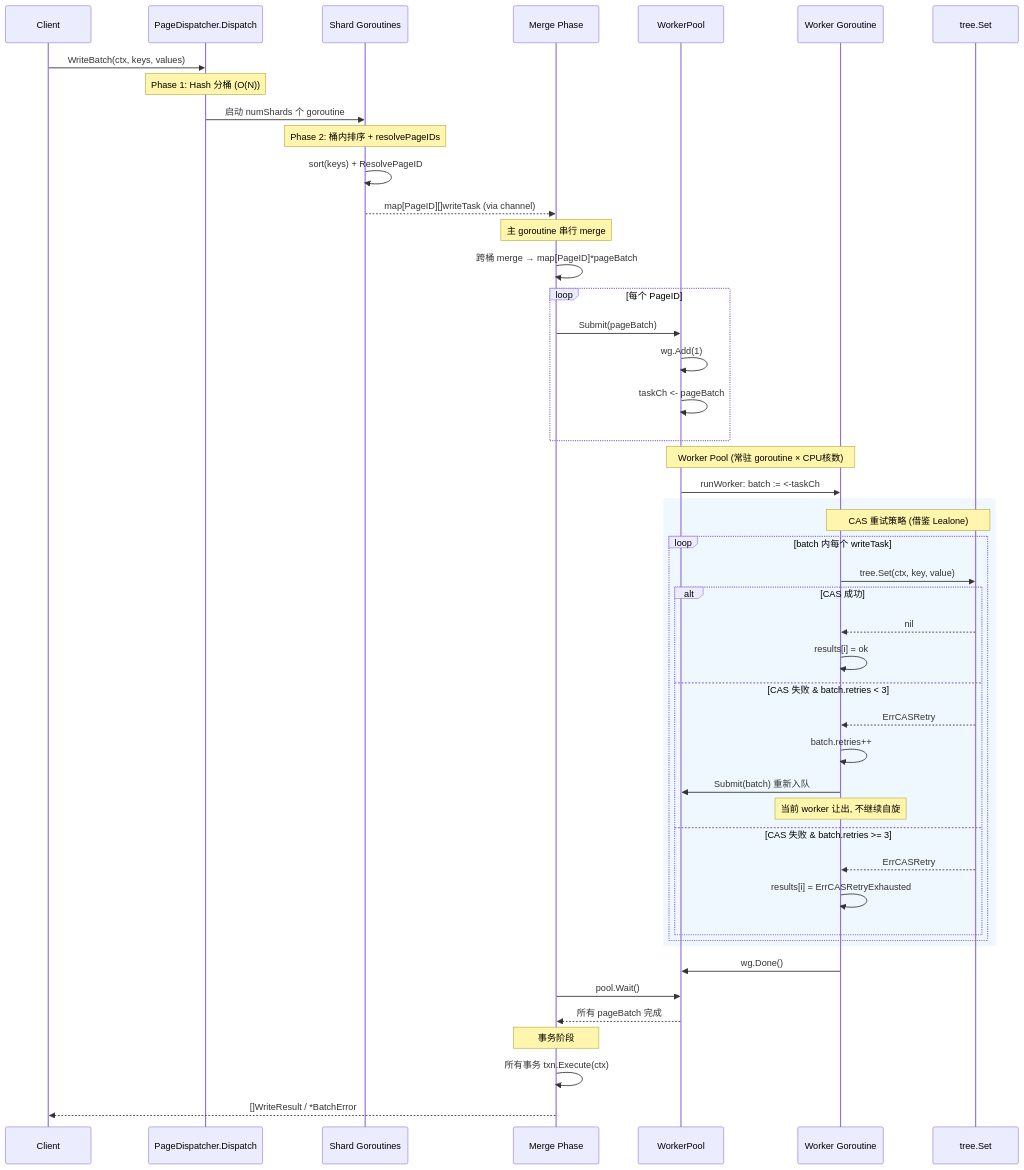
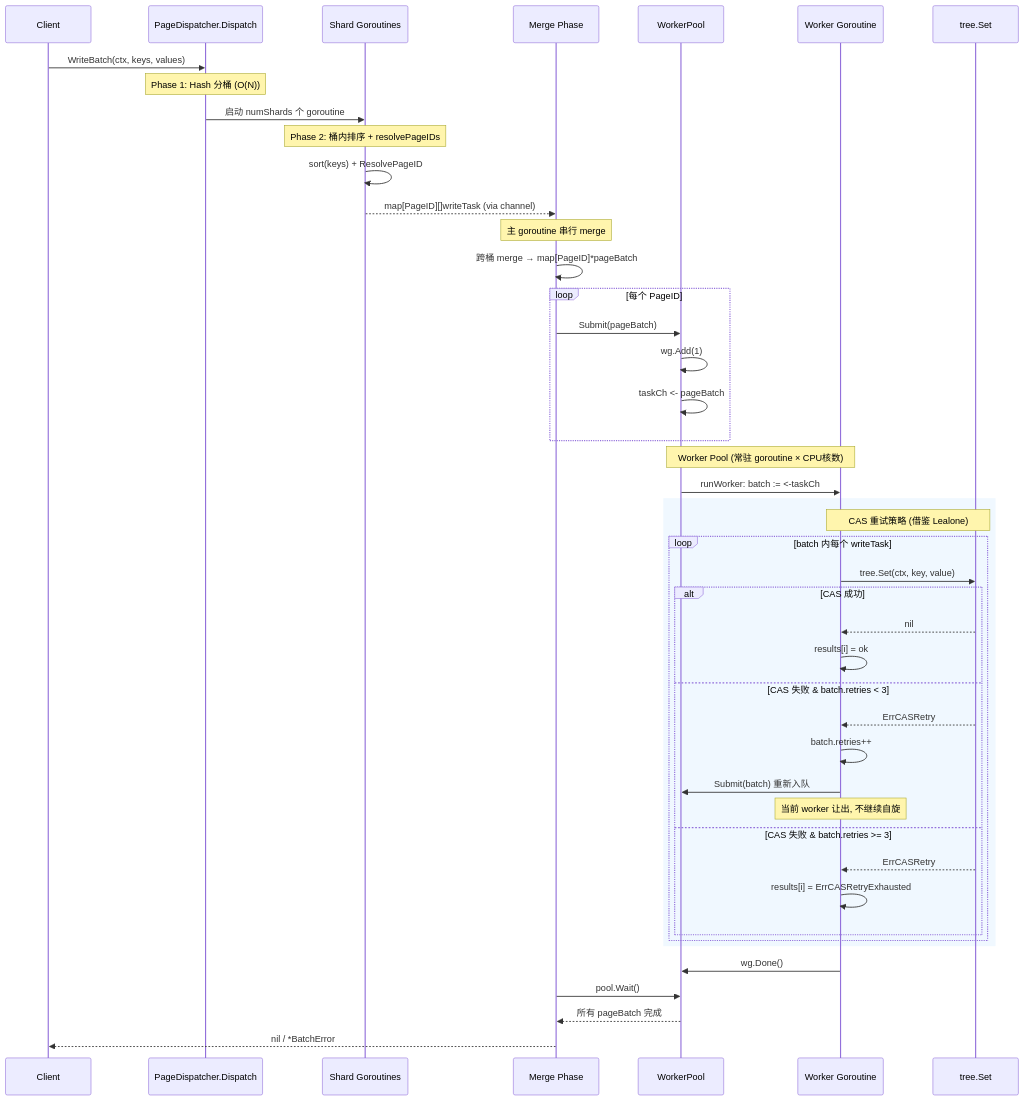
The diagram in docs/10_benchmark/2026-05-25-par-put-stability/2026-05-25-page-dispatcher-design.md (jzhang405/NexKV), drawn with Mermaid before and after one commit. The commit also changed other lines of this file, not shown here.

````diff
--- a/docs/10_benchmark/2026-05-25-par-put-stability/2026-05-25-page-dispatcher-design.md
+++ b/docs/10_benchmark/2026-05-25-par-put-stability/2026-05-25-page-dispatcher-design.md
@@ -278,60 +284,57 @@
 ```mermaid
 sequenceDiagram
     participant Client
     participant Dispatch as PageDispatcher.Dispatch
     participant Shard as Shard Goroutines
     participant Merge as Merge Phase
     participant WP as WorkerPool
     participant Worker as Worker Goroutine
     participant BTree as tree.Set
 
     Client->>Dispatch: WriteBatch(ctx, keys, values)
 
     Note over Dispatch: Phase 1: Hash 分桶 (O(N))
     Dispatch->>Shard: 启动 numShards 个 goroutine
 
     Note over Shard: Phase 2: 桶内排序 + resolvePageIDs
     Shard->>Shard: sort(keys) + ResolvePageID
     Shard-->>Merge: map[PageID][]writeTask (via channel)
 
     Note over Merge: 主 goroutine 串行 merge
     Merge->>Merge: 跨桶 merge → map[PageID]*pageBatch
 
     loop 每个 PageID
         Merge->>WP: Submit(pageBatch)
         WP->>WP: wg.Add(1)
         WP->>WP: taskCh <- pageBatch
     end
 
     Note over WP,Worker: Worker Pool (常驻 goroutine × CPU核数)
     WP->>Worker: runWorker: batch := <-taskCh
 
     rect rgb(240, 248, 255)
         Note over Worker,BTree: CAS 重试策略 (借鉴 Lealone)
         loop batch 内每个 writeTask
             Worker->>BTree: tree.Set(ctx, key, value)
 
             alt CAS 成功
                 BTree-->>Worker: nil
                 Worker->>Worker: results[i] = ok
             else CAS 失败 & batch.retries < 3
                 BTree-->>Worker: ErrCASRetry
                 Worker->>Worker: batch.retries++
                 Worker->>WP: Submit(batch) 重新入队
                 Note over Worker: 当前 worker 让出, 不继续自旋
             else CAS 失败 & batch.retries >= 3
                 BTree-->>Worker: ErrCASRetry
                 Worker->>Worker: results[i] = ErrCASRetryExhausted
             end
         end
     end
 
     Worker->>WP: wg.Done()
 
     Merge->>WP: pool.Wait()
     WP-->>Merge: 所有 pageBatch 完成
-
-    Note over Merge: 事务阶段
-    Merge->>Merge: 所有事务 txn.Execute(ctx)
-    Merge-->>Client: []WriteResult / *BatchError
+    Merge-->>Client: nil / *BatchError
 ```
````
